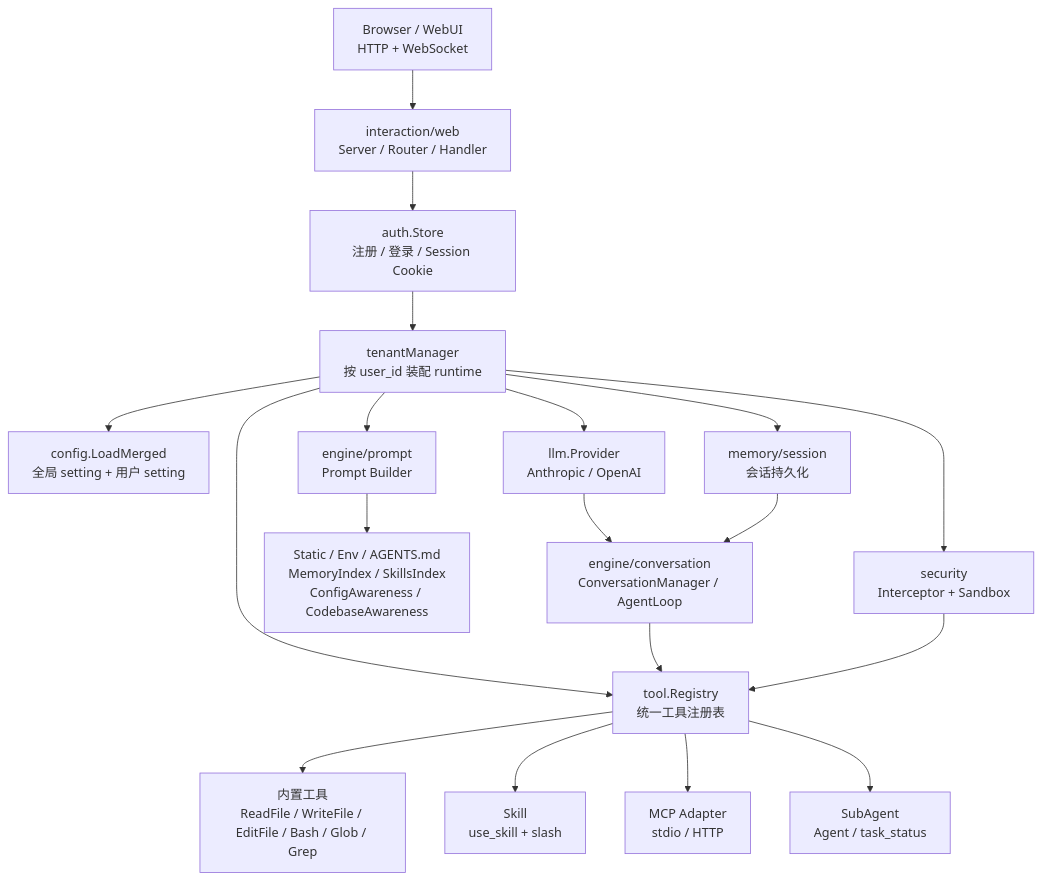
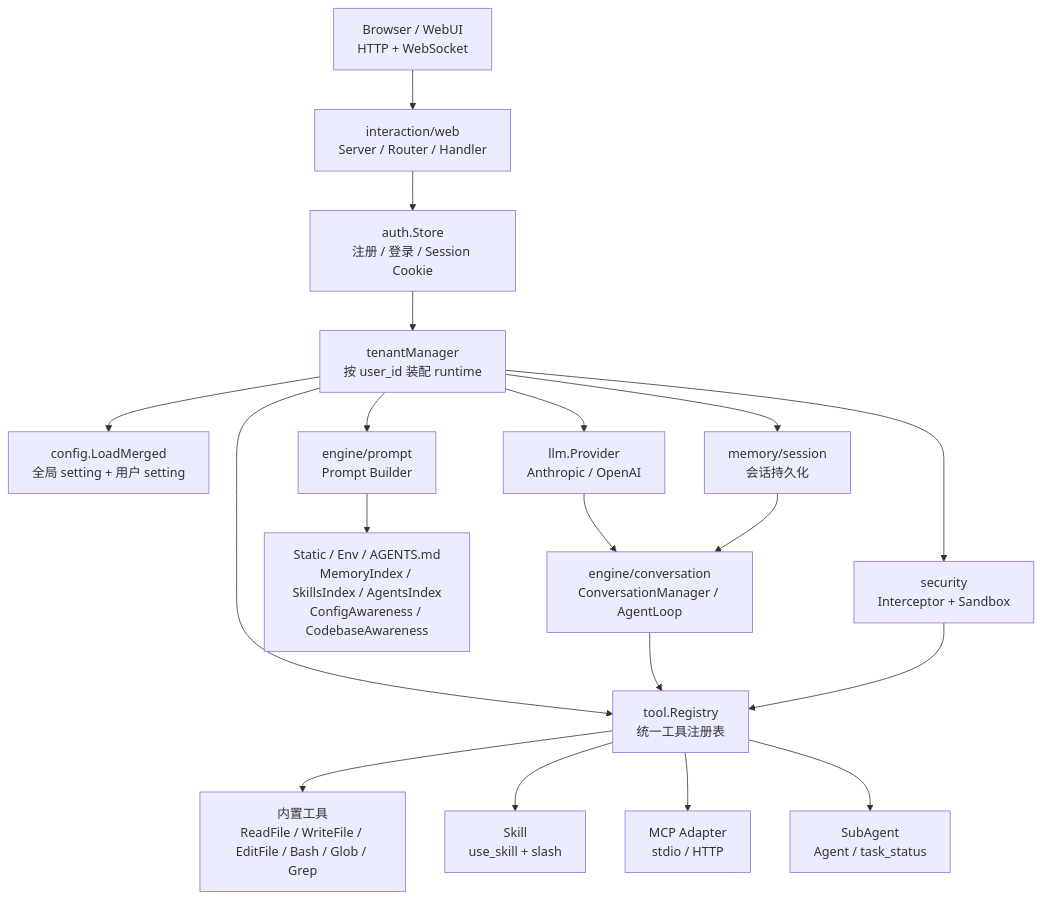
One commit to MeiCorl/MetaAtoms changed the second of 10 diagrams in README.md. Above: the diagram before and after it, drawn with Mermaid. The commit also changed other lines of this file and 2 other files, not shown here.

Commit message:
增加SubAgent Index

````diff
--- a/README.md
+++ b/README.md
@@ -28,24 +28,24 @@
 ```mermaid
 flowchart TB
     Browser["Browser / WebUI<br/>HTTP + WebSocket"] --> Server["interaction/web<br/>Server / Router / Handler"]
     Server --> Auth["auth.Store<br/>注册 / 登录 / Session Cookie"]
     Auth --> Tenant["tenantManager<br/>按 user_id 装配 runtime"]
 
     Tenant --> Config["config.LoadMerged<br/>全局 setting + 用户 setting"]
     Tenant --> Provider["llm.Provider<br/>Anthropic / OpenAI"]
     Tenant --> Session["memory/session<br/>会话持久化"]
     Tenant --> Prompt["engine/prompt<br/>Prompt Builder"]
     Tenant --> Tools["tool.Registry<br/>统一工具注册表"]
     Tenant --> Security["security<br/>Interceptor + Sandbox"]
 
-    Prompt --> Sources["Static / Env / AGENTS.md<br/>MemoryIndex / SkillsIndex<br/>ConfigAwareness / CodebaseAwareness"]
+    Prompt --> Sources["Static / Env / AGENTS.md<br/>MemoryIndex / SkillsIndex / AgentsIndex<br/>ConfigAwareness / CodebaseAwareness"]
     Tools --> Builtin["内置工具<br/>ReadFile / WriteFile / EditFile / Bash / Glob / Grep"]
     Tools --> Skill["Skill<br/>use_skill + slash"]
     Tools --> MCP["MCP Adapter<br/>stdio / HTTP"]
     Tools --> SubAgent["SubAgent<br/>Agent / task_status"]
 
     Provider --> Loop["engine/conversation<br/>ConversationManager / AgentLoop"]
     Loop --> Tools
     Security --> Tools
     Session --> Loop
 ```
````
